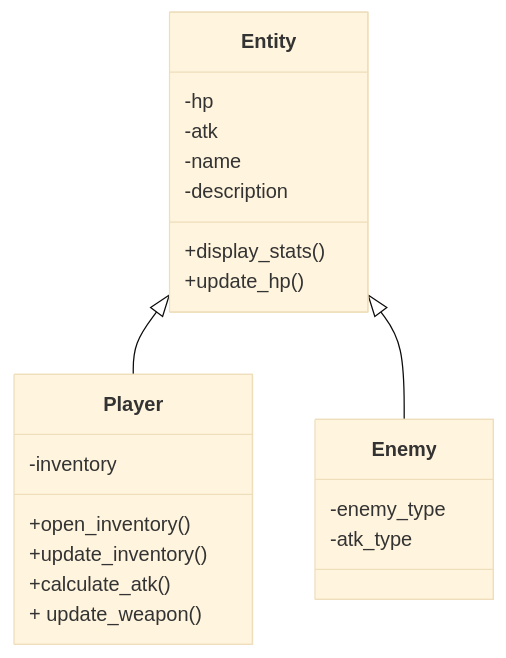
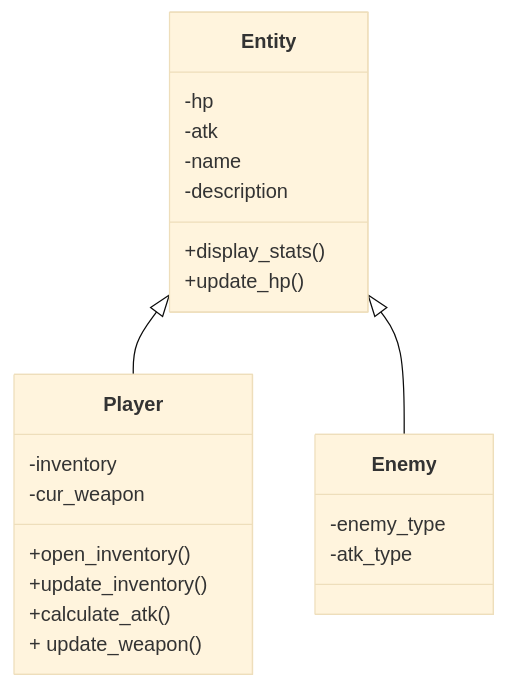
The third of 3 diagrams in README.md (edward-yee-ny/j1-summary-project-private-), drawn with Mermaid (base theme) before and after one commit.

Commit message:
Player class diagram update

````diff
--- a/README.md
+++ b/README.md
@@ -92,18 +92,19 @@
 ```mermaid
 classDiagram
     Entity <|-- Player
     Entity <|-- Enemy
     Entity : -hp
     Entity : -atk
     Entity : -name
     Entity : -description
     Entity : +display_stats()
     Entity : +update_hp()
     Player : -inventory
+    Player : -cur_weapon
     Player : +open_inventory()
     Player : +update_inventory()
     Player : +calculate_atk()
     Player : + update_weapon()
     Enemy : -enemy_type
     Enemy : -atk_type
 ```
````
